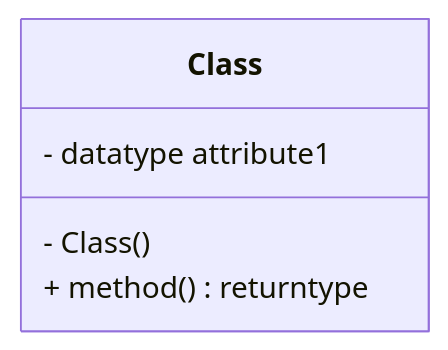
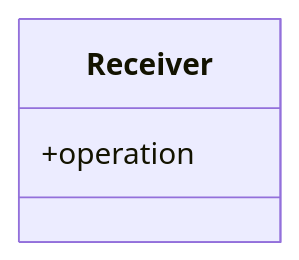
Before and after one commit to angelromarco04/MyNotes: the diagram in Programming/Patterns/data/Command.md, drawn with Mermaid.

Commit message:
vault backup: 2024-03-17 11:28:28

````diff
--- a/Programming/Patterns/data/Command.md
+++ b/Programming/Patterns/data/Command.md
@@ -25,8 +25,8 @@
 ```mermaid
 classDiagram
-class Class {
-	- datatype attribute1
-	- Class()
-	+ method() returntype
+
+
+class Receiver {
+	+operation 
 }
 ```
````
